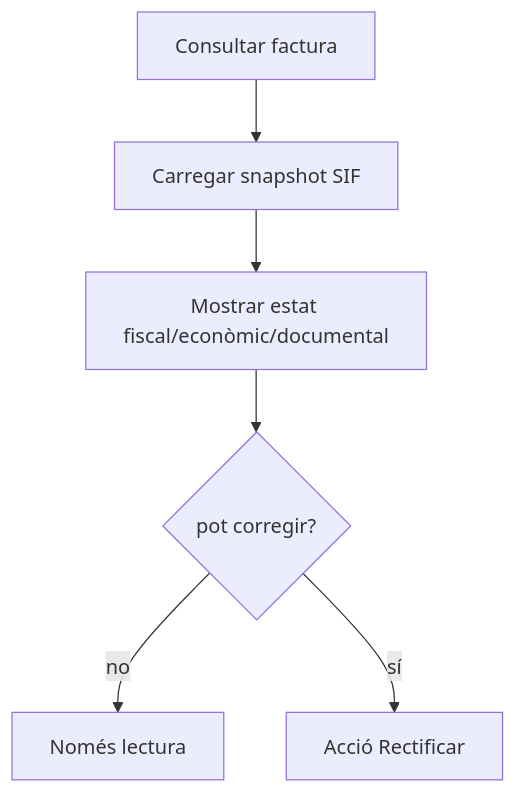
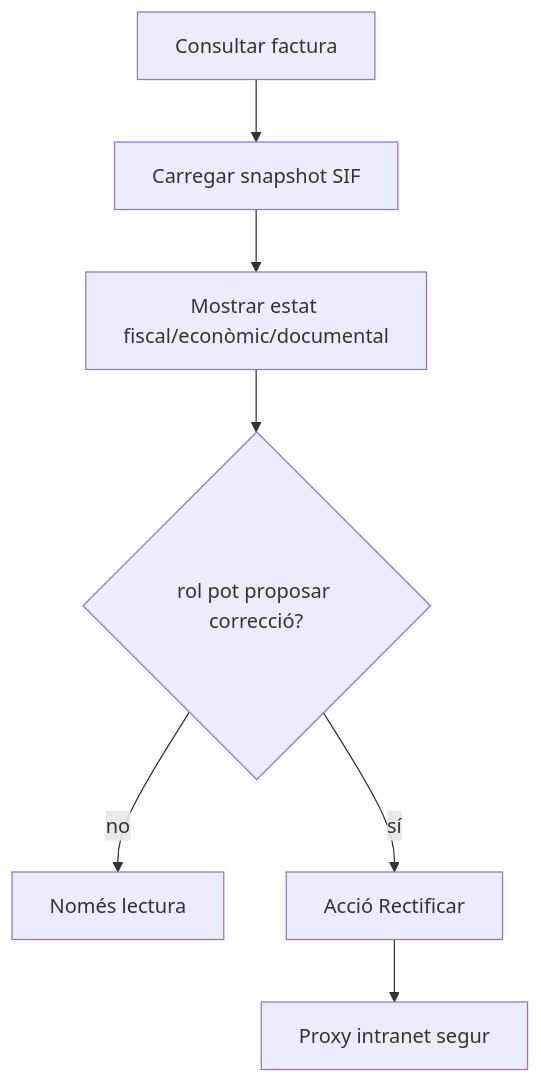
One commit to orgmeriemprismacat-del/verifactu changed the second of 13 diagrams in documentacio/07-uml-integrat/uc-005-activitats-pagines-actual-final.md. Above: the diagram before and after it, drawn with Mermaid. The commit also changed other lines of this file, not shown here.

````diff
--- a/documentacio/07-uml-integrat/uc-005-activitats-pagines-actual-final.md
+++ b/documentacio/07-uml-integrat/uc-005-activitats-pagines-actual-final.md
@@ -18,8 +20,9 @@
 ```mermaid
 flowchart TD
 A[Consultar factura] --> B[Carregar snapshot SIF]
 B --> C[Mostrar estat fiscal/econòmic/documental]
-C --> D{pot corregir?}
+C --> D{rol pot proposar correcció?}
 D -- no --> E[Només lectura]
 D -- sí --> F[Acció Rectificar]
+F --> G[Proxy intranet segur]
 ```
````
